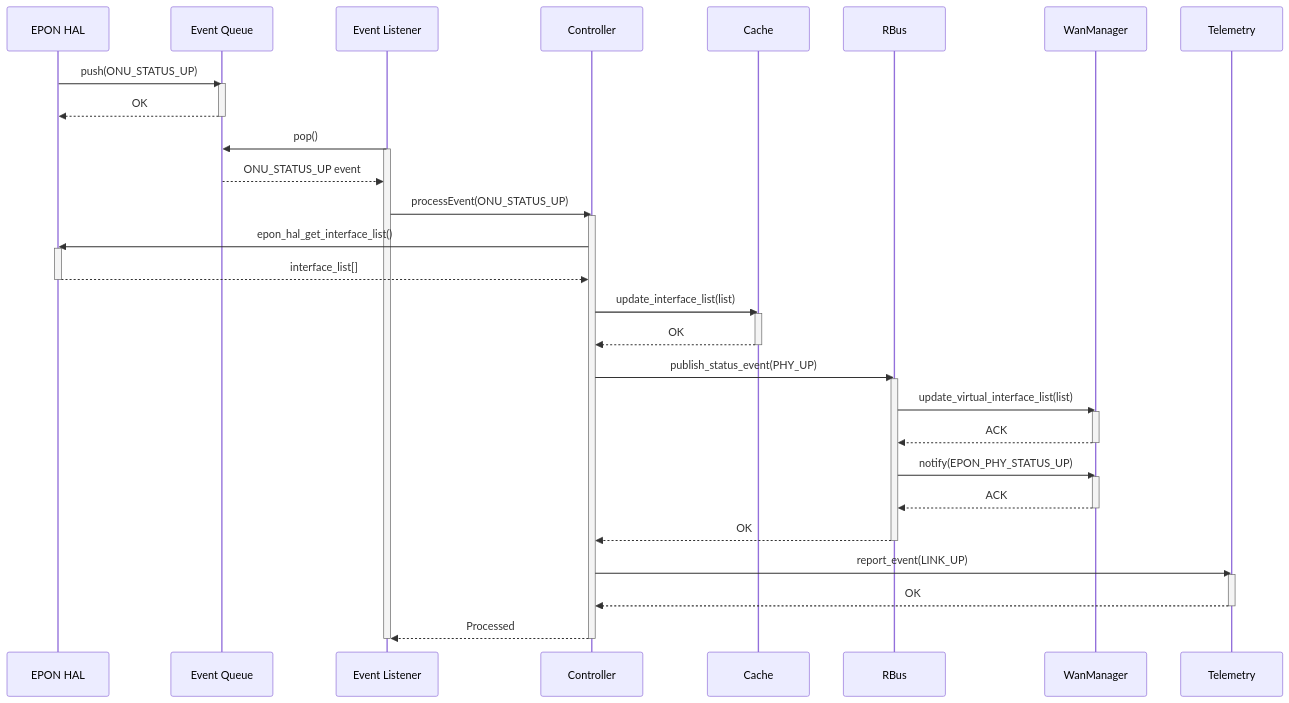
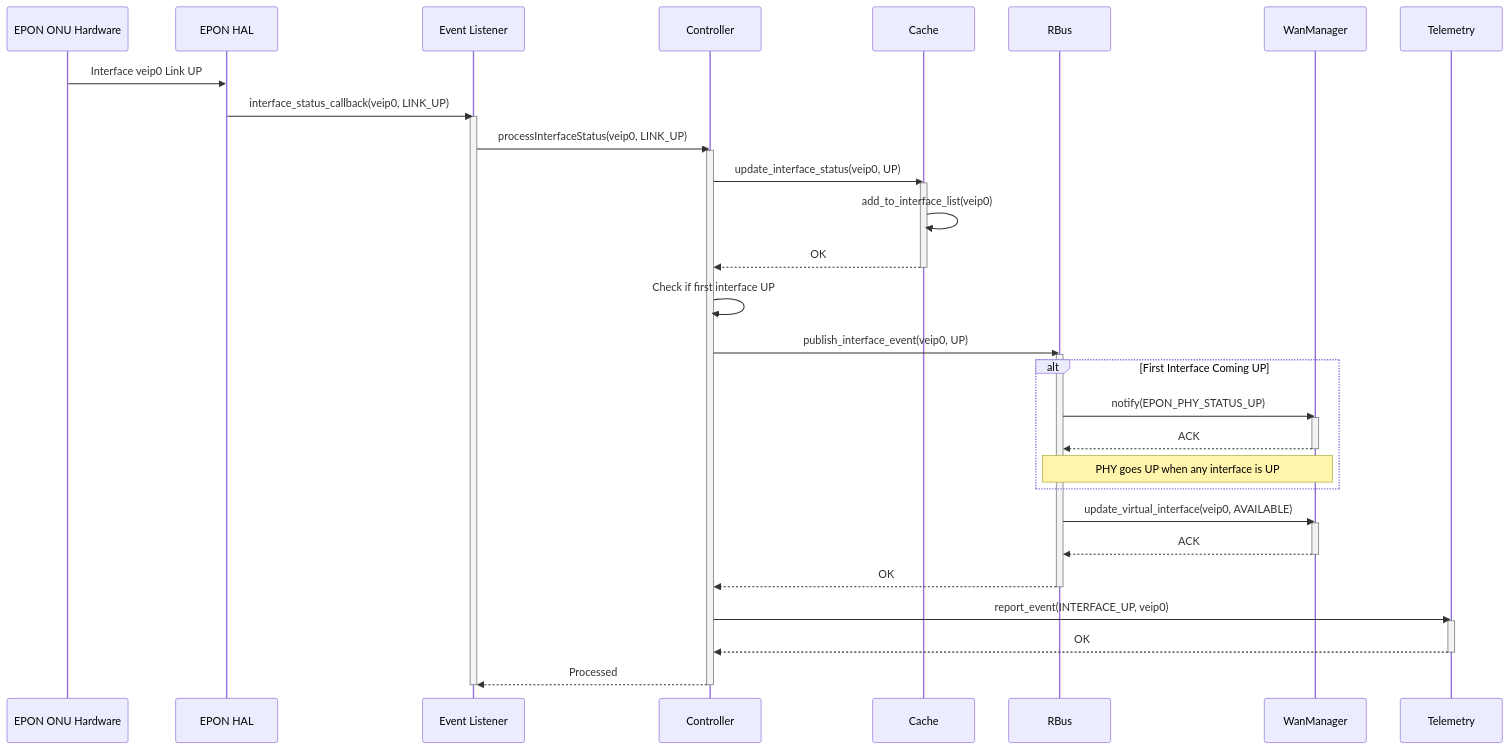
The third of 10 diagrams in design_docs/04_Sequence_Diagrams.md (rdkcentral/epon-manager), drawn with Mermaid before and after one commit. The commit also changed other lines of this file and 3 other files, not shown here.

First line of the commit message:
refactor: Update design docs for callback-based HAL architecture

````diff
--- a/design_docs/04_Sequence_Diagrams.md
+++ b/design_docs/04_Sequence_Diagrams.md
@@ -62,57 +109,54 @@
 ```mermaid
 sequenceDiagram
+    participant HW as EPON ONU Hardware
     participant HAL as EPON HAL
-    participant EventQ as Event Queue
     participant EventL as Event Listener
     participant Controller
     participant Cache
     participant RBus
     participant WanMgr as WanManager
     participant Telem as Telemetry
     
-    HAL->>EventQ: push(ONU_STATUS_UP)
-    activate EventQ
-    EventQ-->>HAL: OK
-    deactivate EventQ
+    HW->>HAL: Interface veip0 Link UP
     
-    EventL->>EventQ: pop()
+    HAL->>EventL: interface_status_callback(veip0, LINK_UP)
     activate EventL
-    EventQ-->>EventL: ONU_STATUS_UP event
     
-    EventL->>Controller: processEvent(ONU_STATUS_UP)
+    EventL->>Controller: processInterfaceStatus(veip0, LINK_UP)
     activate Controller
     
-    Controller->>HAL: epon_hal_get_interface_list()
-    activate HAL
-    HAL-->>Controller: interface_list[]
-    deactivate HAL
-    
-    Controller->>Cache: update_interface_list(list)
+    Controller->>Cache: update_interface_status(veip0, UP)
     activate Cache
+    Cache->>Cache: add_to_interface_list(veip0)
     Cache-->>Controller: OK
     deactivate Cache
     
-    Controller->>RBus: publish_status_event(PHY_UP)
+    Controller->>Controller: Check if first interface UP
+    
+    Controller->>RBus: publish_interface_event(veip0, UP)
     activate RBus
-    RBus->>WanMgr: update_virtual_interface_list(list)
+    
+    alt First Interface Coming UP
+        RBus->>WanMgr: notify(EPON_PHY_STATUS_UP)
+        activate WanMgr
+        WanMgr-->>RBus: ACK
+        deactivate WanMgr
+        Note over RBus,WanMgr: PHY goes UP when any interface is UP
+    end
+    
+    RBus->>WanMgr: update_virtual_interface(veip0, AVAILABLE)
     activate WanMgr
     WanMgr-->>RBus: ACK
     deactivate WanMgr
-    RBus->>WanMgr: notify(EPON_PHY_STATUS_UP)
-    activate WanMgr
-    WanMgr-->>RBus: ACK
-    deactivate WanMgr
-    
-
     RBus-->>Controller: OK
     deactivate RBus
     
-    Controller->>Telem: report_event(LINK_UP)
+    Controller->>Telem: report_event(INTERFACE_UP, veip0)
     activate Telem
     Telem-->>Controller: OK
     deactivate Telem
     
     Controller-->>EventL: Processed
     deactivate Controller
     deactivate EventL
 ```
````
